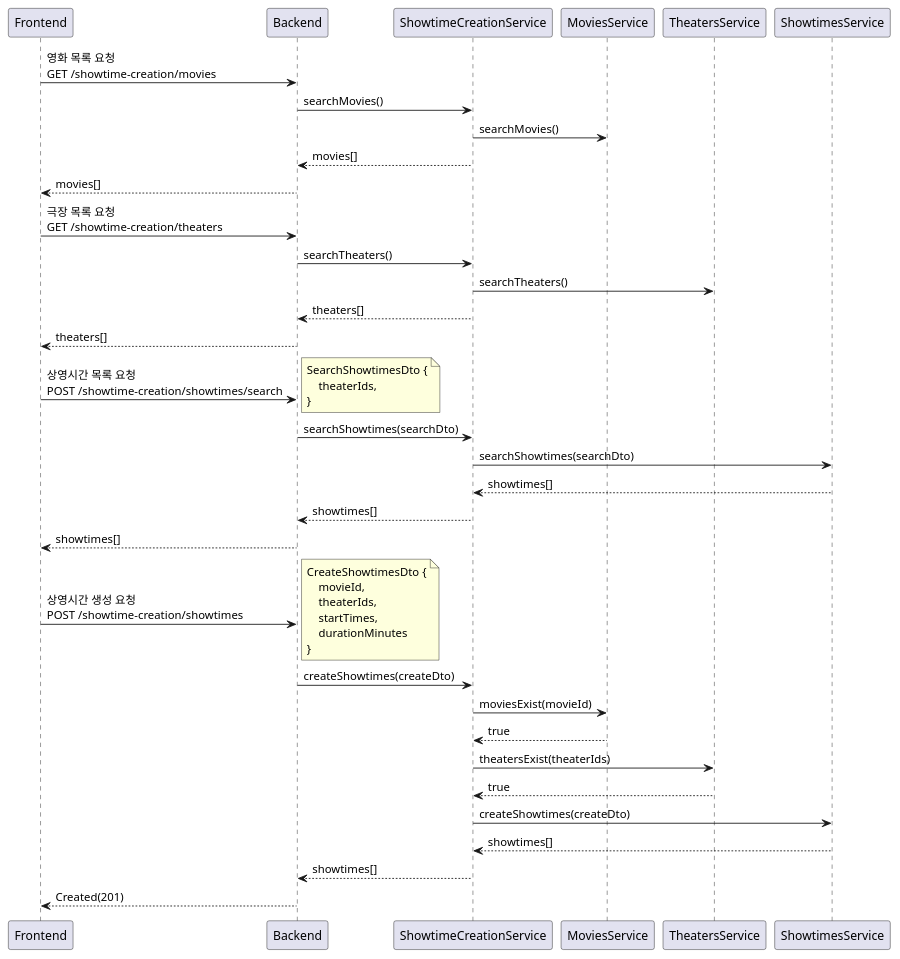
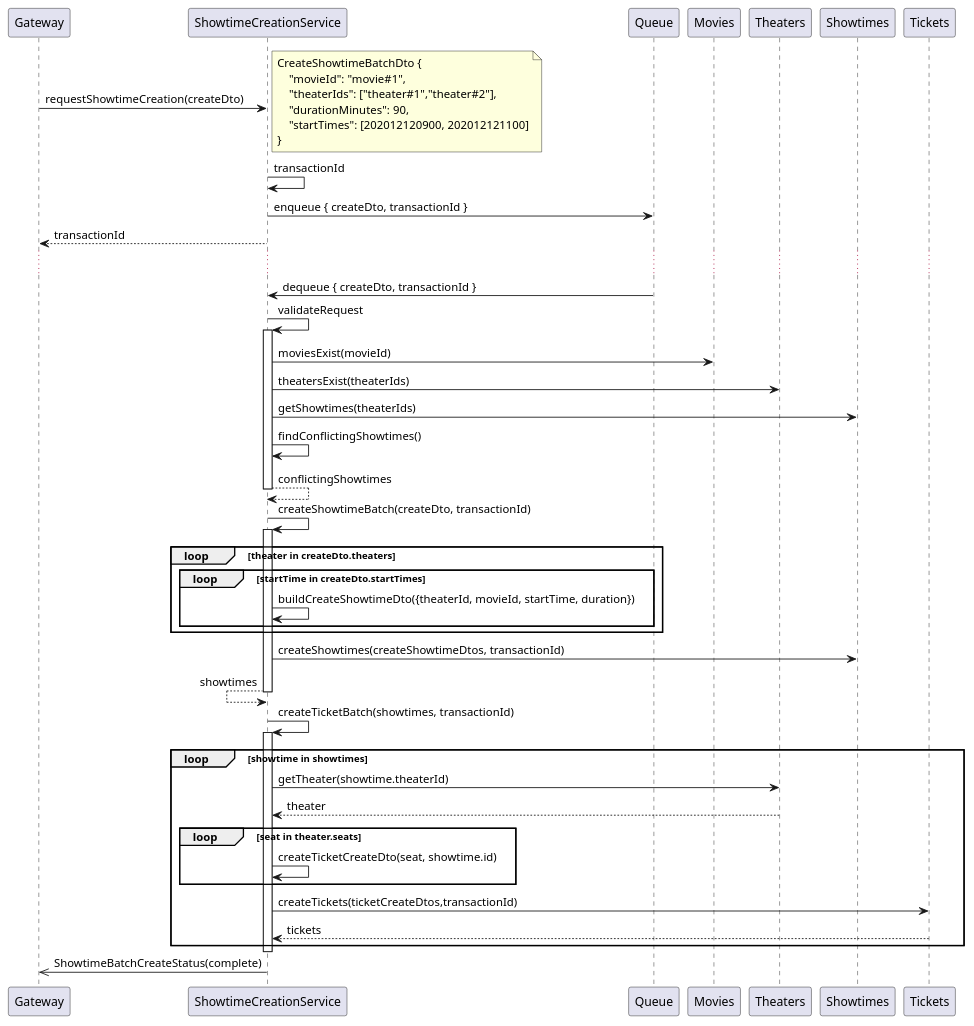
One commit to mannercode/mannercode.github.io changed the sixth of 11 diagrams in _posts/3025-06-01-backend-design-3.md. Above: the diagram before and after it, drawn with PlantUML. The commit also changed other lines of this file and 159 other files, not shown here.

First line of the commit message:
Add UML diagrams for Movie Booking System and update sequence diagrams

```diff
--- a/_posts/3025-06-01-backend-design-3.md
+++ b/_posts/3025-06-01-backend-design-3.md
@@ -10,49 +302,63 @@
 {% plantuml %}
 @startuml
-Frontend -> Backend: 영화 목록 요청\nGET /showtime-creation/movies
-    Backend -> ShowtimeCreationService: searchMovies()
-        ShowtimeCreationService -> MoviesService: searchMovies()
-    Backend <-- ShowtimeCreationService: movies[]
-Frontend <-- Backend: movies[]
+participant Gateway as gateway
+participant ShowtimeCreationService as creation
+participant Queue as queue
+participant Movies as movies
+participant Theaters as theaters
+participant Showtimes as showtimes
+participant Tickets as tickets
 
-Frontend -> Backend: 극장 목록 요청\nGET /showtime-creation/theaters
-    Backend -> ShowtimeCreationService: searchTheaters()
-        ShowtimeCreationService -> TheatersService: searchTheaters()
-    Backend <-- ShowtimeCreationService: theaters[]
-Frontend <-- Backend: theaters[]
+gateway -> creation: requestShowtimeCreation(createDto)
+    note right
+    CreateShowtimeBatchDto {
+        "movieId": "movie#1",
+        "theaterIds": ["theater#1","theater#2"],
+        "durationMinutes": 90,
+        "startTimes": [202012120900, 202012121100]
+    }
+    end note
 
-Frontend -> Backend: 상영시간 목록 요청\nPOST /showtime-creation/showtimes/search
-    note right
-        SearchShowtimesDto {
-            theaterIds,
-        }
-    end note
-    Backend -> ShowtimeCreationService: searchShowtimes(searchDto)
-        ShowtimeCreationService -> ShowtimesService: searchShowtimes(searchDto)
-        ShowtimeCreationService <-- ShowtimesService: showtimes[]
-    Backend <-- ShowtimeCreationService: showtimes[]
-Frontend <-- Backend: showtimes[]
+    creation -> creation: transactionId
+    creation -> queue: enqueue { createDto, transactionId }
+gateway <-- creation: transactionId
+...
+queue -> creation: dequeue { createDto, transactionId }
+    creation -> creation: validateRequest
+    activate creation
+    creation -> movies: moviesExist(movieId)
+    creation -> theaters: theatersExist(theaterIds)
+    creation -> showtimes: getShowtimes(theaterIds)
+    creation -> creation: findConflictingShowtimes()
+    creation --> creation: conflictingShowtimes
+    deactivate creation
 
-Frontend -> Backend: 상영시간 생성 요청\nPOST /showtime-creation/showtimes
-    note right
-        CreateShowtimesDto {
-            movieId,
-            theaterIds,
-            startTimes,
-            durationMinutes
-        }
-    end note
-    Backend -> ShowtimeCreationService: createShowtimes(createDto)
-        ShowtimeCreationService -> MoviesService: moviesExist(movieId)
-        ShowtimeCreationService <-- MoviesService: true
+    creation -> creation: createShowtimeBatch(createDto, transactionId)
+    activate creation
+        loop theater in createDto.theaters
+            loop startTime in createDto.startTimes
+                creation -> creation: buildCreateShowtimeDto({theaterId, movieId, startTime, duration})
+            end
+        end
 
-        ShowtimeCreationService -> TheatersService: theatersExist(theaterIds)
-        ShowtimeCreationService <-- TheatersService: true
+        creation -> showtimes: createShowtimes(createShowtimeDtos, transactionId)
+        creation <-- creation: showtimes
+    deactivate creation
 
-        ShowtimeCreationService -> ShowtimesService: createShowtimes(createDto)
-        ShowtimeCreationService <-- ShowtimesService: showtimes[]
-    Backend <-- ShowtimeCreationService: showtimes[]
-Frontend <-- Backend: Created(201)
+    creation -> creation: createTicketBatch(showtimes, transactionId)
+    activate creation
+        loop showtime in showtimes
+            creation -> theaters: getTheater(showtime.theaterId)
+            creation <-- theaters: theater
+            loop seat in theater.seats
+                creation -> creation: createTicketCreateDto(seat, showtime.id)
+            end
+            creation -> tickets: createTickets(ticketCreateDtos,transactionId)
+            creation <-- tickets: tickets
+        end
+    deactivate creation
+
+gateway <<- creation: ShowtimeBatchCreateStatus(complete)
 
 @enduml
 {% endplantuml %}
```
